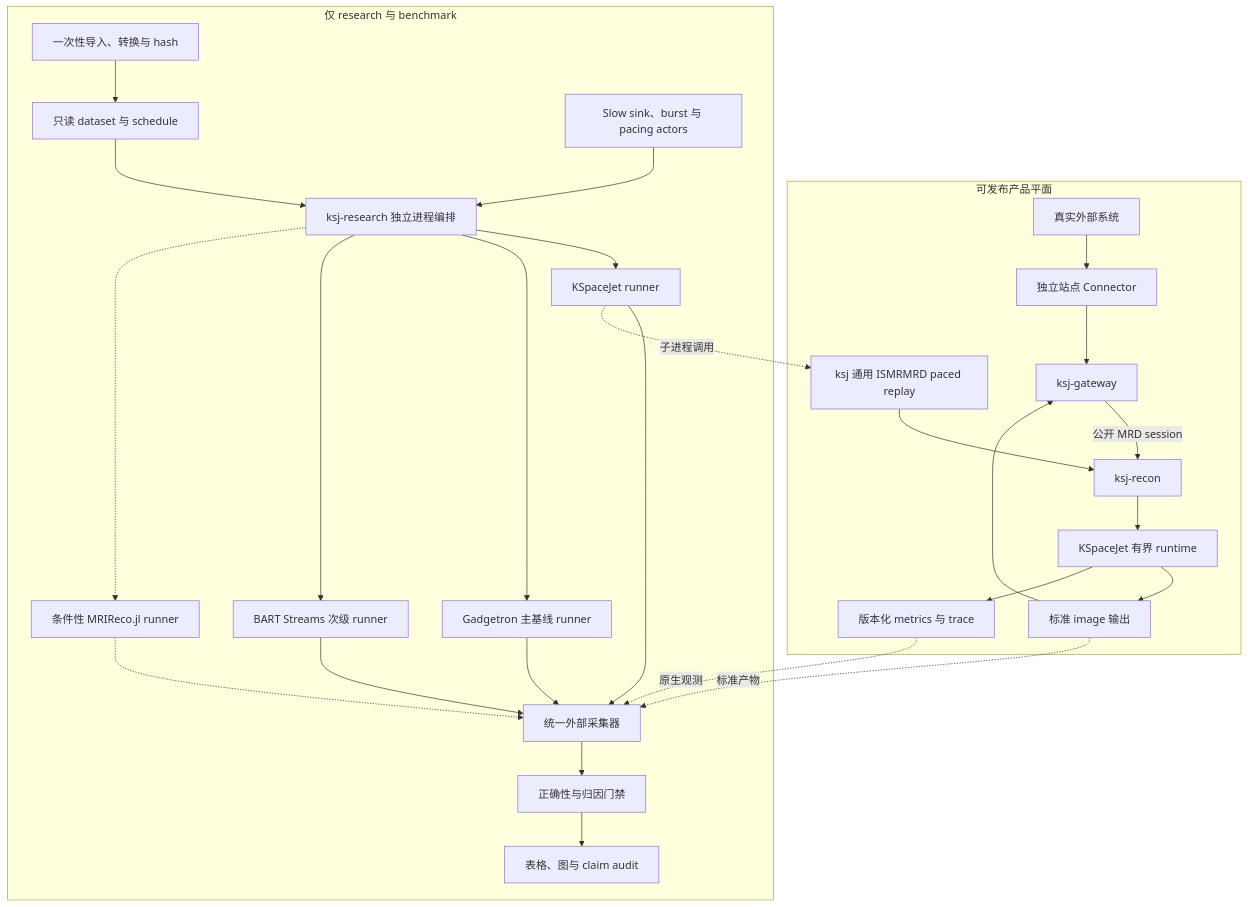
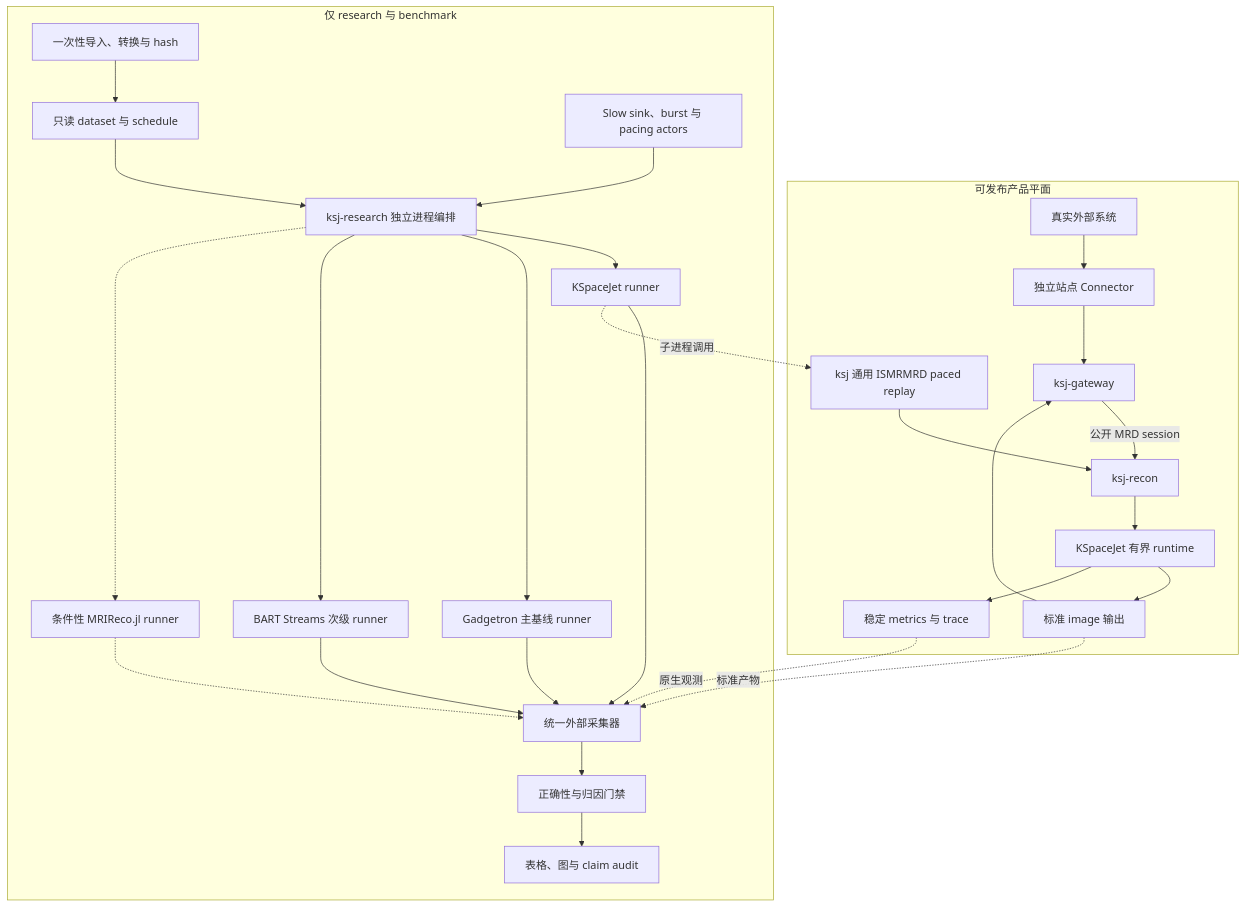
Before and after one commit to isqiwen/KSpaceJet: the third of 10 diagrams in docs/architecture/streaming_reconstruction_framework_plan.md, drawn with Mermaid. The commit also changed other lines of this file and 415 other files, not shown here.

````diff
--- a/docs/architecture/streaming_reconstruction_framework_plan.md
+++ b/docs/architecture/streaming_reconstruction_framework_plan.md
@@ -133,33 +134,33 @@
 ```mermaid
 flowchart TB
     subgraph productPlane["可发布产品平面"]
         externalClient["真实外部系统"] --> siteConnector["独立站点 Connector"]
         siteConnector --> productGateway["ksj-gateway"]
         productReplay["ksj 通用 ISMRMRD paced replay"] --> productRecon["ksj-recon"]
         productGateway -->|"公开 MRD session"| productRecon
         productRecon --> productRuntime["KSpaceJet 有界 runtime"]
         productRuntime --> productOutput["标准 image 输出"]
         productOutput --> productGateway
-        productRuntime --> productTelemetry["版本化 metrics 与 trace"]
+        productRuntime --> productTelemetry["稳定 metrics 与 trace"]
     end
 
     subgraph researchPlane["仅 research 与 benchmark"]
         datasetFreezer["一次性导入、转换与 hash"] --> frozenCase["只读 dataset 与 schedule"]
         frozenCase --> experimentOrchestrator["ksj-research 独立进程编排"]
         experimentOrchestrator --> kspacejetRunner["KSpaceJet runner"]
         experimentOrchestrator --> gadgetronRunner["Gadgetron 主基线 runner"]
         experimentOrchestrator --> bartRunner["BART Streams 次级 runner"]
         experimentOrchestrator -.-> optionalMriRecoRunner["条件性 MRIReco.jl runner"]
         loadActors["Slow sink、burst 与 pacing actors"] --> experimentOrchestrator
         kspacejetRunner --> externalCollector["统一外部采集器"]
         gadgetronRunner --> externalCollector
         bartRunner --> externalCollector
         optionalMriRecoRunner -.-> externalCollector
         externalCollector --> attributionGate["正确性与归因门禁"]
         attributionGate --> reportGenerator["表格、图与 claim audit"]
     end
 
     kspacejetRunner -.->|"子进程调用"| productReplay
     productOutput -.->|"标准产物"| externalCollector
     productTelemetry -.->|"原生观测"| externalCollector
 ```
````
